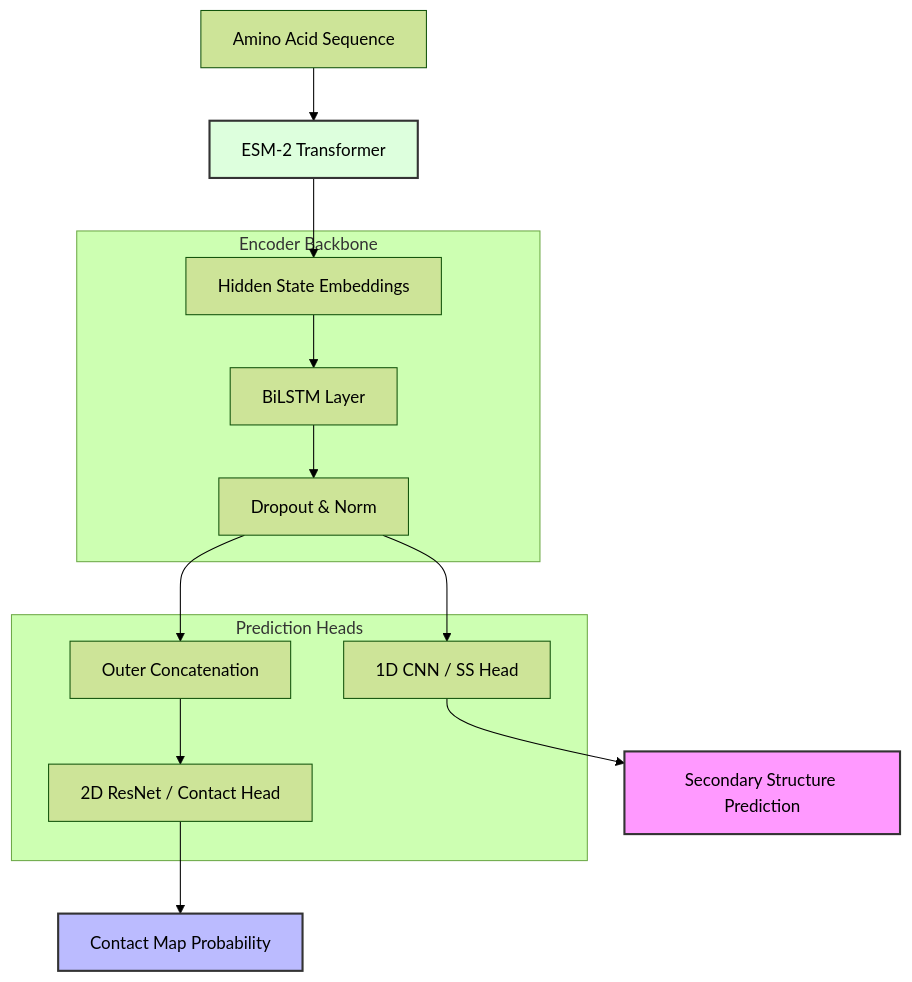
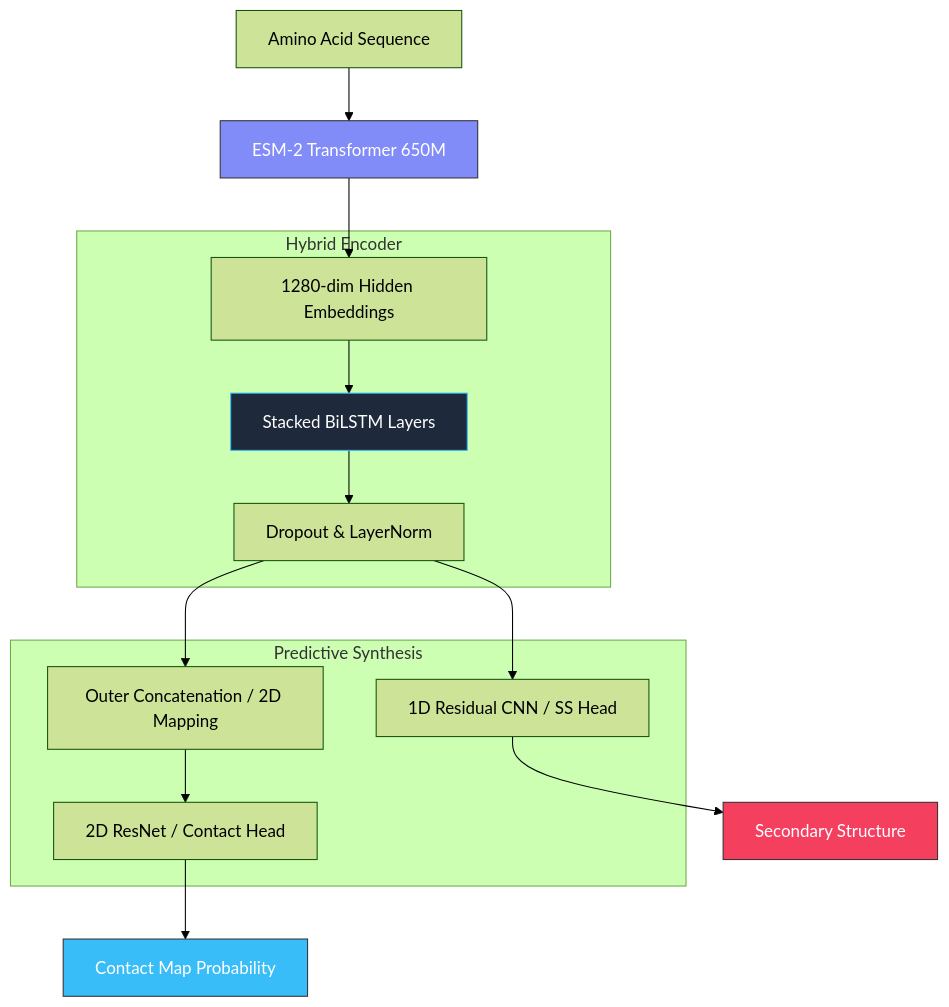
Before and after one commit to Yuyutsu01/FoldNet: the diagram in README.md, drawn with Mermaid (forest theme). The commit also changed other lines of this file, not shown here.

````diff
--- a/README.md
+++ b/README.md
@@ -59,23 +63,24 @@
 ```mermaid
 graph TD
-    Seq[Amino Acid Sequence] --> ESM[ESM-2 Transformer]
-    ESM --> Feat[Hidden State Embeddings]
+    Seq[Amino Acid Sequence] --> ESM[ESM-2 Transformer 650M]
+    ESM --> Feat[1280-dim Hidden Embeddings]
     
-    subgraph "Encoder Backbone"
-    Feat --> BiLSTM[BiLSTM Layer]
-    BiLSTM --> Dropout[Dropout & Norm]
+    subgraph "Hybrid Encoder"
+    Feat --> BiLSTM[Stacked BiLSTM Layers]
+    BiLSTM --> Dropout[Dropout & LayerNorm]
     end
     
-    subgraph "Prediction Heads"
-    Dropout --> SS_Head[1D CNN / SS Head]
-    Dropout --> Outer[Outer Concatenation]
+    subgraph "Predictive Synthesis"
+    Dropout --> SS_Head[1D Residual CNN / SS Head]
+    Dropout --> Outer[Outer Concatenation / 2D Mapping]
     Outer --> CM_Head[2D ResNet / Contact Head]
     end
     
-    SS_Head --> SS_Output[Secondary Structure Prediction]
+    SS_Head --> SS_Output[Secondary Structure]
     CM_Head --> CM_Output[Contact Map Probability]
     
-    style SS_Output fill:#f9f,stroke:#333,stroke-width:2px
-    style CM_Output fill:#bbf,stroke:#333,stroke-width:2px
-    style ESM fill:#dfd,stroke:#333,stroke-width:2px
+    style SS_Output fill:#f43f5e,stroke:#333,color:#fff
+    style CM_Output fill:#38bdf8,stroke:#333,color:#fff
+    style ESM fill:#818cf8,stroke:#333,color:#fff
+    style BiLSTM fill:#1e293b,stroke:#38bdf8,color:#fff
 ```
````
